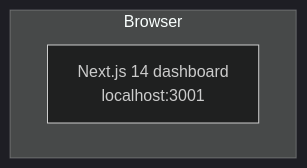
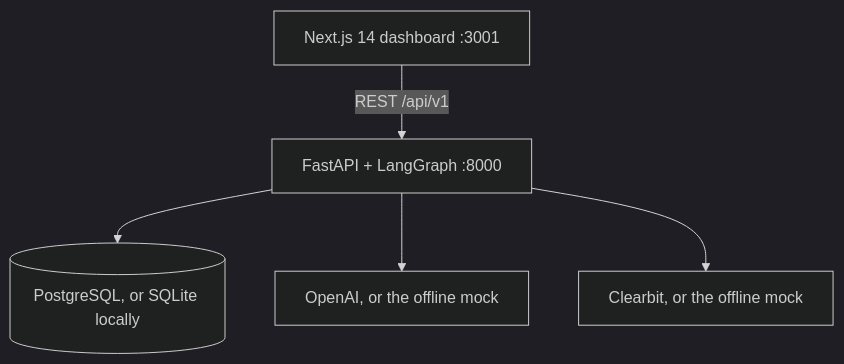
Before and after one commit to arslanvuzmal/QualiSift: the second of 2 diagrams in README.md, drawn with Mermaid (dark theme). The commit also changed other lines of this file and 11 other files, not shown here.

````diff
--- a/README.md
+++ b/README.md
@@ -62,6 +47,7 @@
 ```mermaid
 flowchart TB
-    subgraph Browser
-        W[Next.js 14 dashboard<br/>localhost:3001]
-    end
+    W[Next.js 14 dashboard :3001] -->|REST /api/v1| API[FastAPI + LangGraph :8000]
+    API --> DB[(PostgreSQL, or SQLite locally)]
+    API --> LLM[OpenAI, or the offline mock]
+    API --> ENR[Clearbit, or the offline mock]
 ```
````
